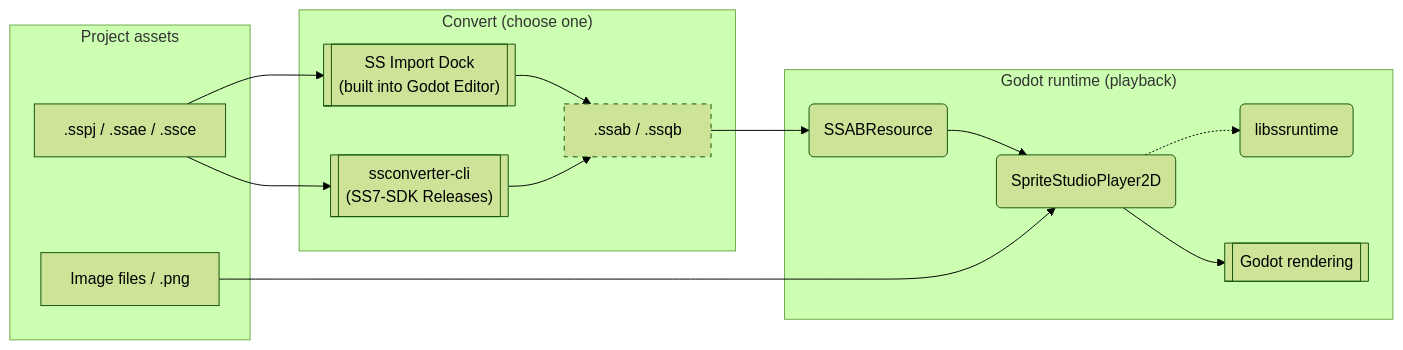
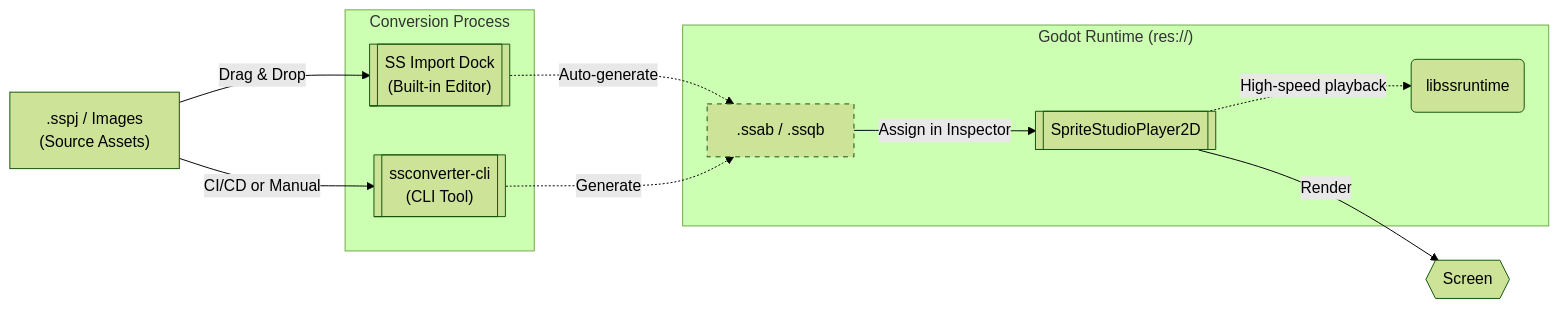
Before and after one commit to SpriteStudio/SSPlayerForGodot: the diagram in docs/en/index.md, drawn with Mermaid (forest theme). The commit also changed other lines of this file and 16 other files, not shown here.

````diff
--- a/docs/en/index.md
+++ b/docs/en/index.md
@@ -26,27 +26,27 @@
 ```mermaid
 graph LR
-    subgraph Assets ["Project assets"]
-        SS[" .sspj / .ssae / .ssce "]
-        IMG[" Image files / .png "]
+    SS[" .sspj / Images<br>(Source Assets) "]
+
+    subgraph Convert ["Conversion Process"]
+        DOCK[[" SS Import Dock<br>(Built-in Editor) "]]
+        CLI[[" ssconverter-cli<br>(CLI Tool) "]]
     end
 
-    subgraph Convert ["Convert (choose one)"]
-        DOCK[[" SS Import Dock<br>(built into Godot Editor) "]]
-        CLI[[" ssconverter-cli<br>(SS7-SDK Releases) "]]
-        SS --> DOCK
-        SS --> CLI
-        DOCK --> BIN[" .ssab / .ssqb "]
-        CLI --> BIN
+    subgraph Godot ["Godot Runtime (res://)"]
+        BIN[" .ssab / .ssqb "]
+        NODE[[ SpriteStudioPlayer2D ]]
+        RT(" libssruntime ")
     end
 
-    subgraph Runtime ["Godot runtime (playback)"]
-        BIN --> RES(" SSABResource ")
-        RES --> NODE(" SpriteStudioPlayer2D ")
-        NODE -.-> RT(" libssruntime ")
-        IMG --> NODE
-        NODE --> RENDER[[" Godot rendering "]]
-    end
+    SS -- "Drag & Drop" --> DOCK
+    SS -- "CI/CD or Manual" --> CLI
+    DOCK -. "Auto-generate" .-> BIN
+    CLI -. "Generate" .-> BIN
+    
+    BIN -- "Assign in Inspector" --> NODE
+    NODE -. "High-speed playback" .-> RT
+    NODE -- "Render" --> RENDER{{" Screen "}}
 
     classDef generated stroke-dasharray: 5 5;
     class BIN generated;
 ```
````
